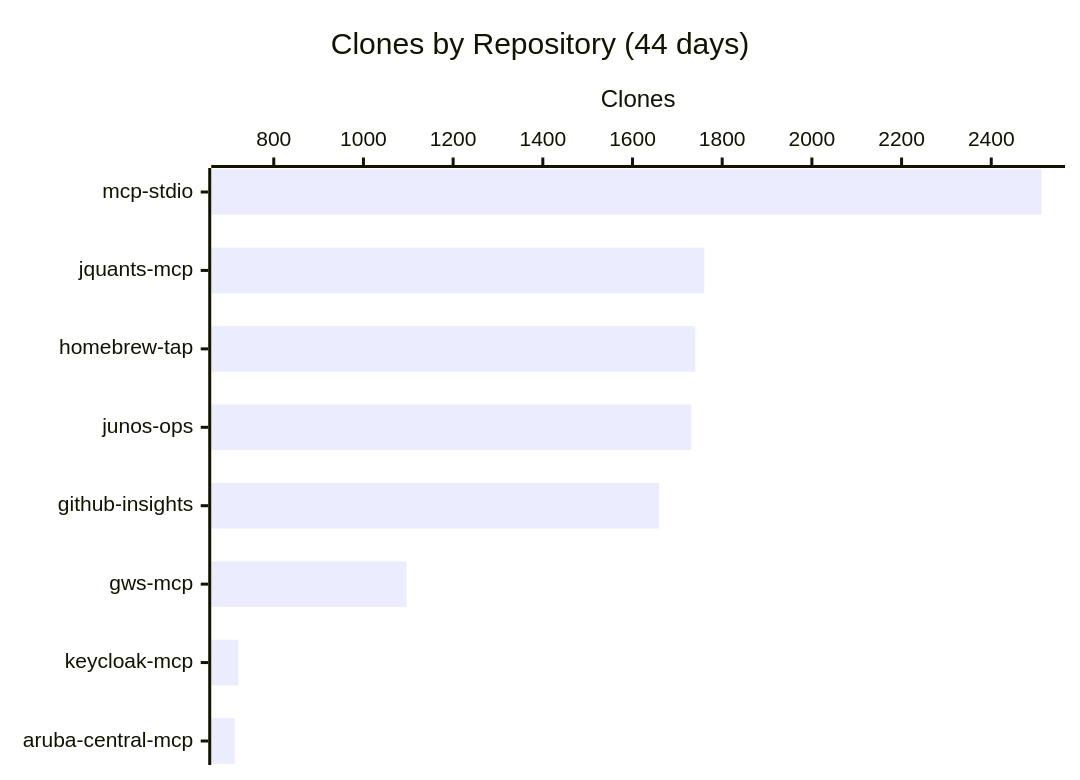
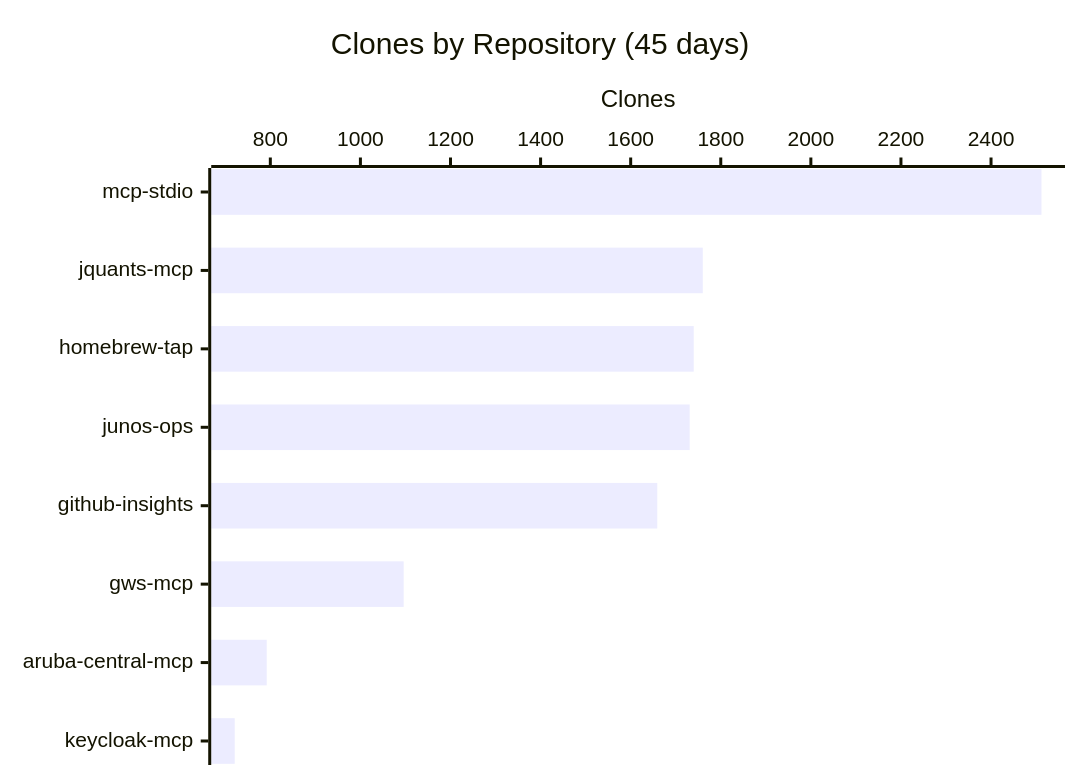
The third of 3 diagrams in README.md (shigechika/github-insights), drawn with Mermaid before and after one commit. The commit also changed other lines of this file and 2 other files, not shown here.

````diff
--- a/README.md
+++ b/README.md
@@ -36,7 +36,7 @@
 ```mermaid
 xychart-beta horizontal
-    title "Clones by Repository (44 days)"
-    x-axis ["mcp-stdio", "jquants-mcp", "homebrew-tap", "junos-ops", "github-insights", "gws-mcp", "keycloak-mcp", "aruba-central-mcp"]
+    title "Clones by Repository (45 days)"
+    x-axis ["mcp-stdio", "jquants-mcp", "homebrew-tap", "junos-ops", "github-insights", "gws-mcp", "aruba-central-mcp", "keycloak-mcp"]
     y-axis "Clones"
-    bar [2512, 1760, 1740, 1731, 1659, 1096, 721, 713]
+    bar [2512, 1760, 1740, 1731, 1659, 1096, 792, 721]
 ```
````
